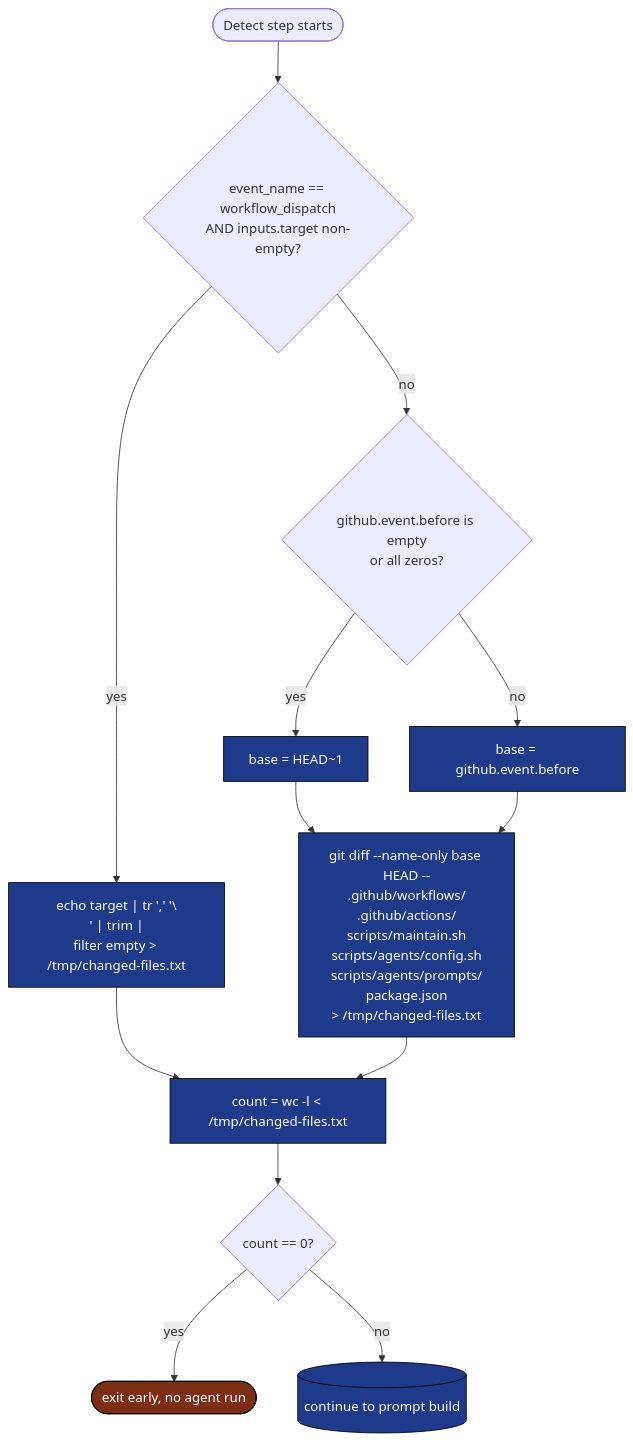
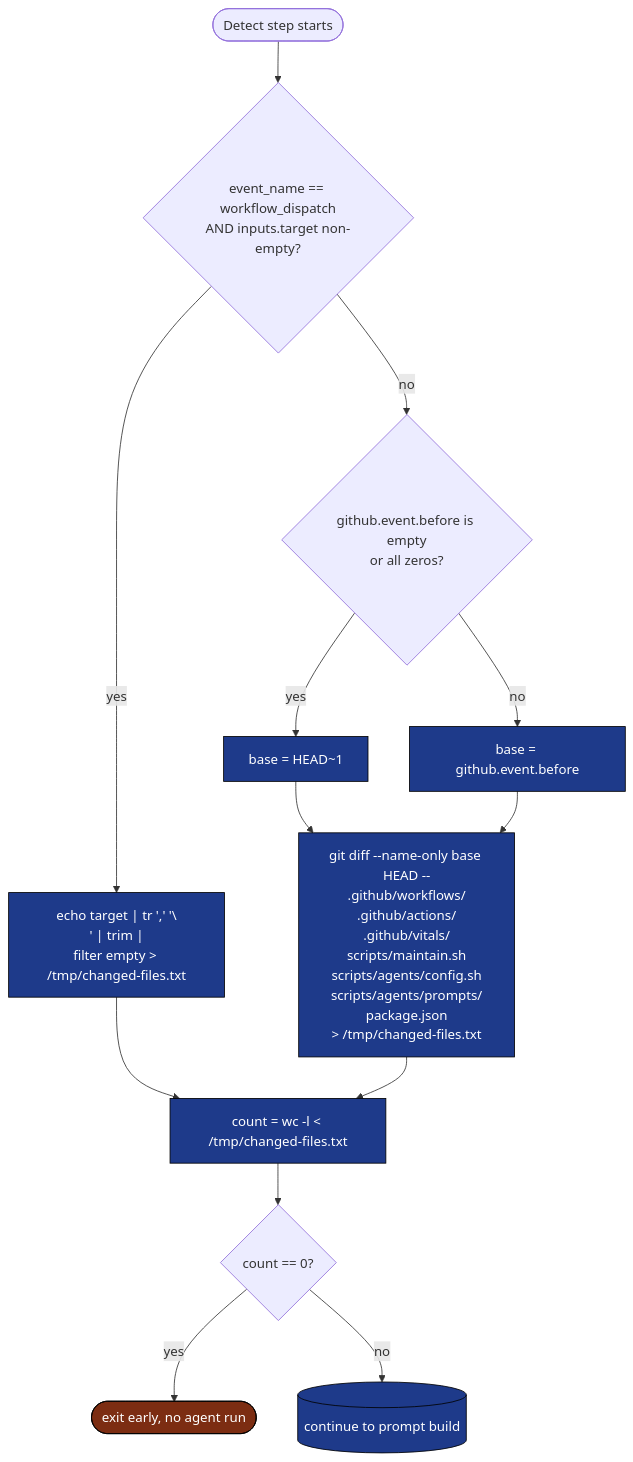
The seventh of 16 diagrams in .github/docs/DOCS_SYNC_DEEP_DIVE.md (gregreindel/llm-exe), drawn with Mermaid before and after one commit. The commit also changed other lines of this file and 1 other file, not shown here.

````diff
--- a/.github/docs/DOCS_SYNC_DEEP_DIVE.md
+++ b/.github/docs/DOCS_SYNC_DEEP_DIVE.md
@@ -286,19 +286,19 @@
 ```mermaid
 flowchart TB
     classDef cond fill:#7c2d12,color:#fff,stroke:#000
     classDef act fill:#1e3a8a,color:#fff,stroke:#000
 
     start([Detect step starts])
     start --> q1{event_name == workflow_dispatch\nAND inputs.target non-empty?}
     q1 -->|yes| a1["echo target | tr ',' '\\n' | trim |\nfilter empty > /tmp/changed-files.txt"]:::act
     q1 -->|no| q2{github.event.before is empty\nor all zeros?}
     q2 -->|yes| a2["base = HEAD~1"]:::act
     q2 -->|no| a3["base = github.event.before"]:::act
-    a2 --> a4["git diff --name-only base HEAD --\n.github/workflows/\n.github/actions/\nscripts/maintain.sh\nscripts/agents/config.sh\nscripts/agents/prompts/\npackage.json\n> /tmp/changed-files.txt"]:::act
+    a2 --> a4["git diff --name-only base HEAD --\n.github/workflows/\n.github/actions/\n.github/vitals/\nscripts/maintain.sh\nscripts/agents/config.sh\nscripts/agents/prompts/\npackage.json\n> /tmp/changed-files.txt"]:::act
     a3 --> a4
     a1 --> a5["count = wc -l < /tmp/changed-files.txt"]:::act
     a4 --> a5
     a5 --> q3{count == 0?}
     q3 -->|yes| stop([exit early, no agent run]):::cond
     q3 -->|no| go[(continue to prompt build)]:::act
 ```
````
